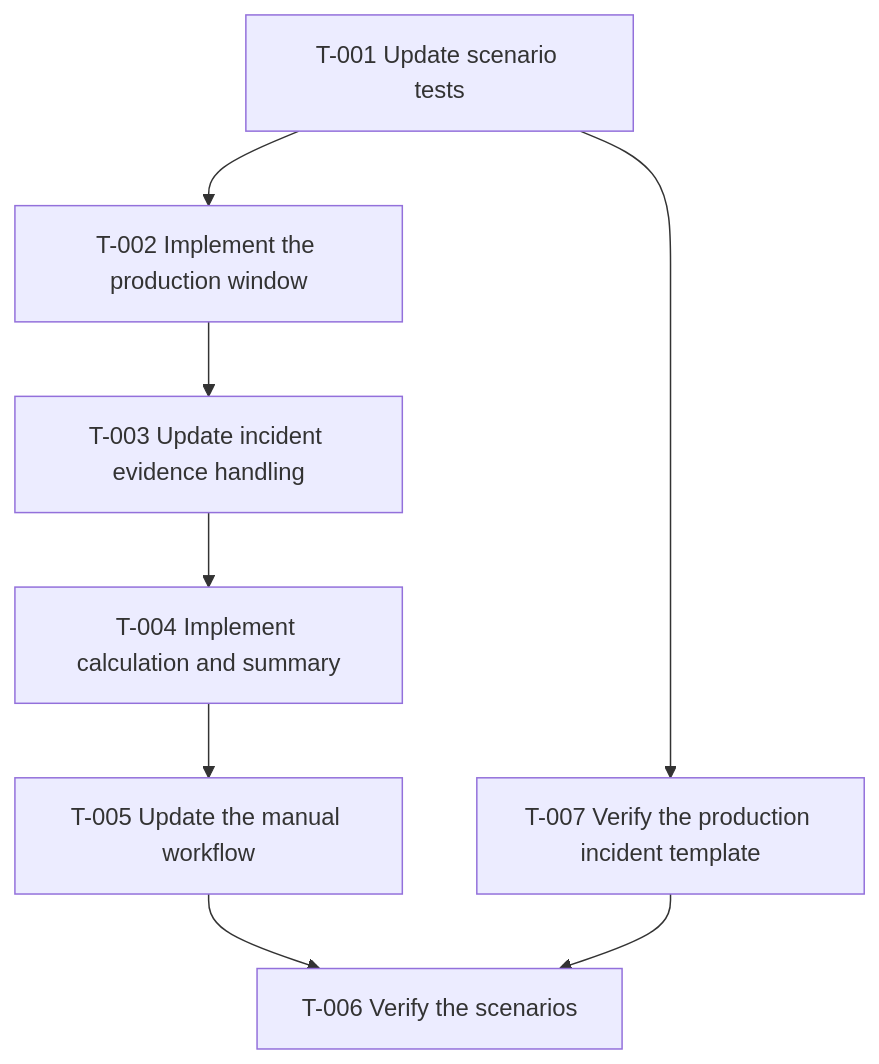
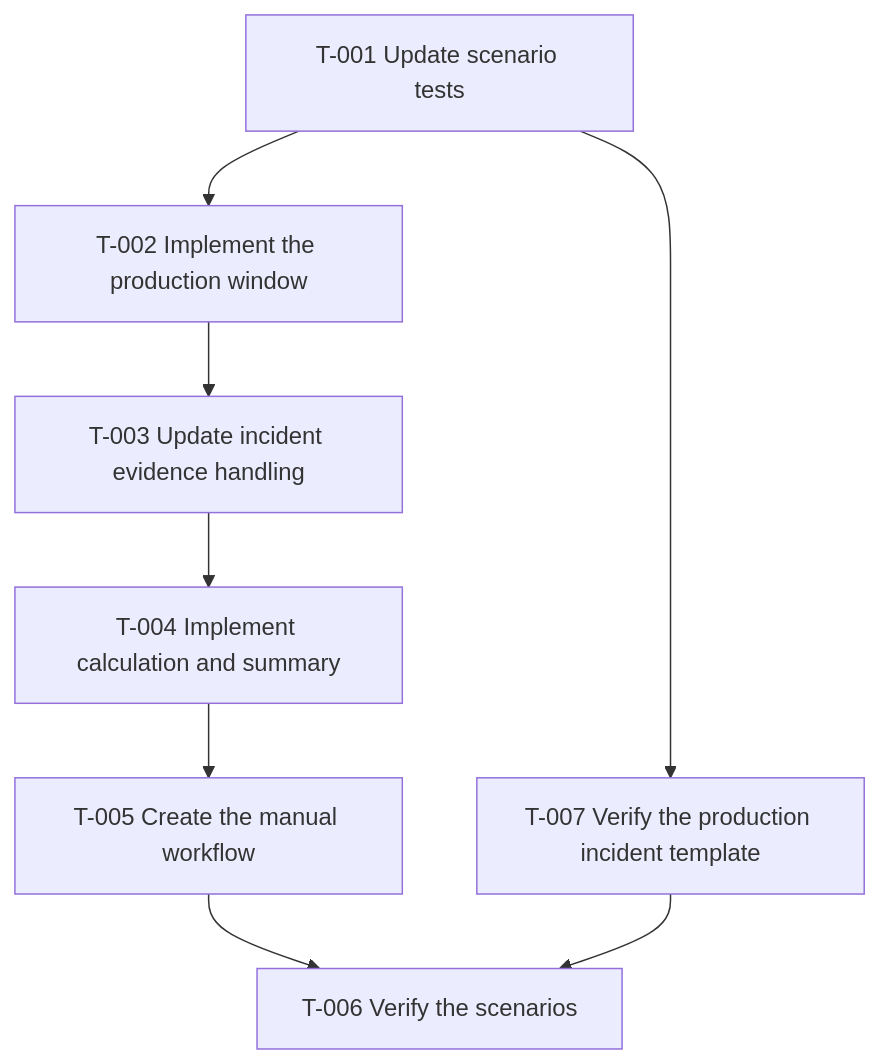
The diagram in specs/devops/dora-deployment-rework-rate/tasks.md (b-chua-student/theseus), drawn with Mermaid before and after one commit. The commit also changed other lines of this file, not shown here.

Commit message:
docs(tasks): revise an assumed existing manual workflow
Spec files assume a manual workflow exists when there is none.

````diff
--- a/specs/devops/dora-deployment-rework-rate/tasks.md
+++ b/specs/devops/dora-deployment-rework-rate/tasks.md
@@ -5,17 +5,17 @@
 ```mermaid
 flowchart TD
     T001["T-001 Update scenario tests"]
     T002["T-002 Implement the production window"]
     T003["T-003 Update incident evidence handling"]
     T004["T-004 Implement calculation and summary"]
-    T005["T-005 Update the manual workflow"]
+    T005["T-005 Create the manual workflow"]
     T006["T-006 Verify the scenarios"]
     T007["T-007 Verify the production incident template"]
     T001 --> T002
     T001 --> T007
     T002 --> T003
     T003 --> T004
     T004 --> T005
     T005 --> T006
     T007 --> T006
 ```
````
